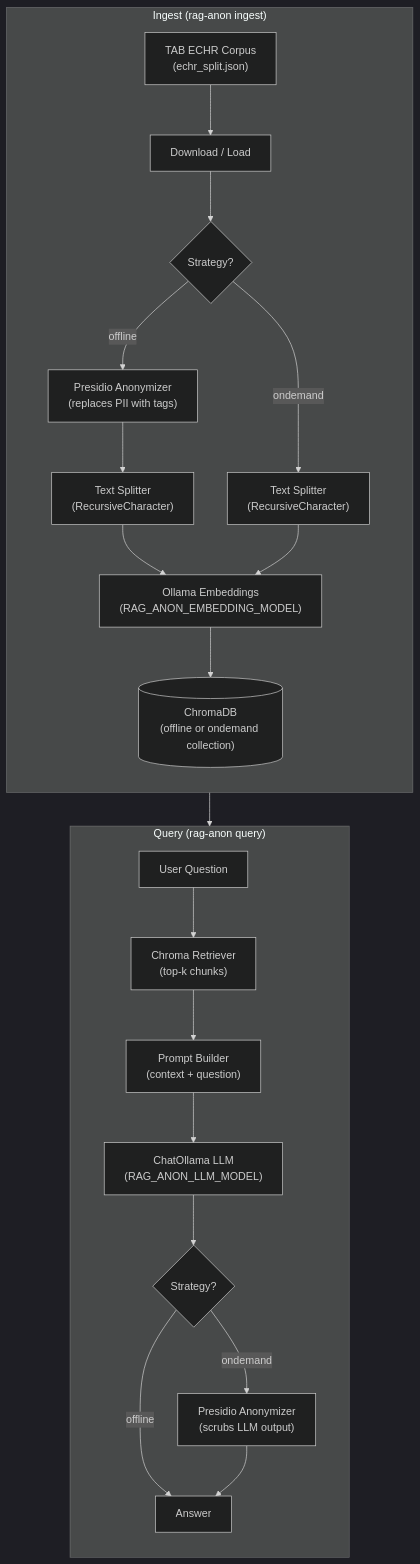
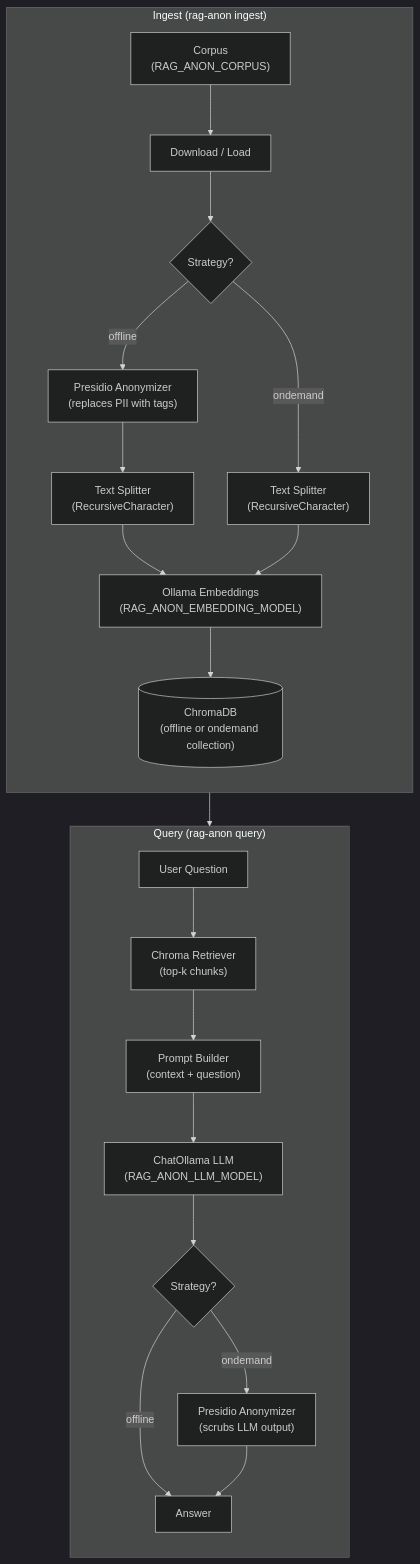
One commit to matheusfbosa/rag-anonymous changed the diagram in README.md. Above: the diagram before and after it, drawn with Mermaid (dark theme). The commit also changed other lines of this file and 4 other files, not shown here.

Commit message:
feat: make corpus source configurable via RAG_ANON_CORPUS

````diff
--- a/README.md
+++ b/README.md
@@ -11,27 +11,27 @@
 ```mermaid
 flowchart TB
     subgraph ingest_phase ["Ingest  (rag-anon ingest)"]
         direction TB
-        corpus["TAB ECHR Corpus\n(echr_split.json)"] --> load["Download / Load"]
+        corpus["Corpus\n(RAG_ANON_CORPUS)"] --> load["Download / Load"]
         load --> strat_in{"Strategy?"}
         strat_in -->|offline| presidio_in["Presidio Anonymizer\n(replaces PII with tags)"]
         presidio_in --> splitter_off["Text Splitter\n(RecursiveCharacter)"]
         strat_in -->|ondemand| splitter_on["Text Splitter\n(RecursiveCharacter)"]
         splitter_off --> embed["Ollama Embeddings\n(RAG_ANON_EMBEDDING_MODEL)"]
         splitter_on --> embed
         embed --> chromadb[("ChromaDB\n(offline or ondemand collection)")]
     end
 
     subgraph query_phase ["Query  (rag-anon query)"]
         direction TB
         question["User Question"] --> retriever["Chroma Retriever\n(top-k chunks)"]
         retriever --> prompt_builder["Prompt Builder\n(context + question)"]
         prompt_builder --> llm["ChatOllama LLM\n(RAG_ANON_LLM_MODEL)"]
         llm --> strat_out{"Strategy?"}
         strat_out -->|offline| answer["Answer"]
         strat_out -->|ondemand| presidio_out["Presidio Anonymizer\n(scrubs LLM output)"]
         presidio_out --> answer
     end
 
     chromadb --> retriever
 ```
````
